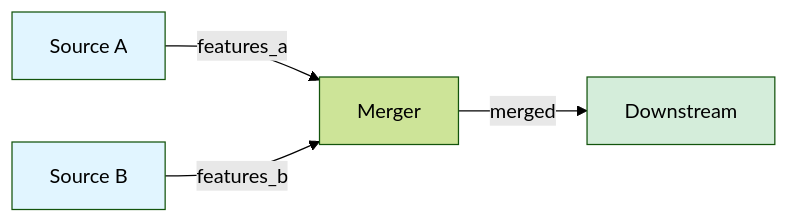
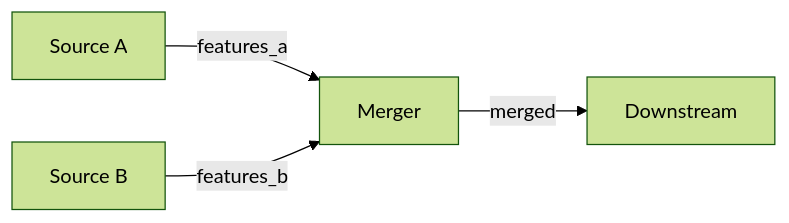
The third of 6 diagrams in docs/concepts/port.md (cubert-hyperspectral/cuvis-ai), drawn with Mermaid (forest theme) before and after one commit. The commit also changed other lines of this file and 18 other files, not shown here.

First line of the commit message:
docs(theme): use classDef for Mermaid styling and tighten cross-page copy

````diff
--- a/docs/concepts/port.md
+++ b/docs/concepts/port.md
@@ -260,9 +259,6 @@
 ```mermaid
 graph LR
     A[Source A] -->|features_a| C[Merger]
     B[Source B] -->|features_b| C
     C -->|merged| D[Downstream]
-    style A fill:#e1f5ff
-    style B fill:#e1f5ff
-    style D fill:#d4edda
 ```
````
